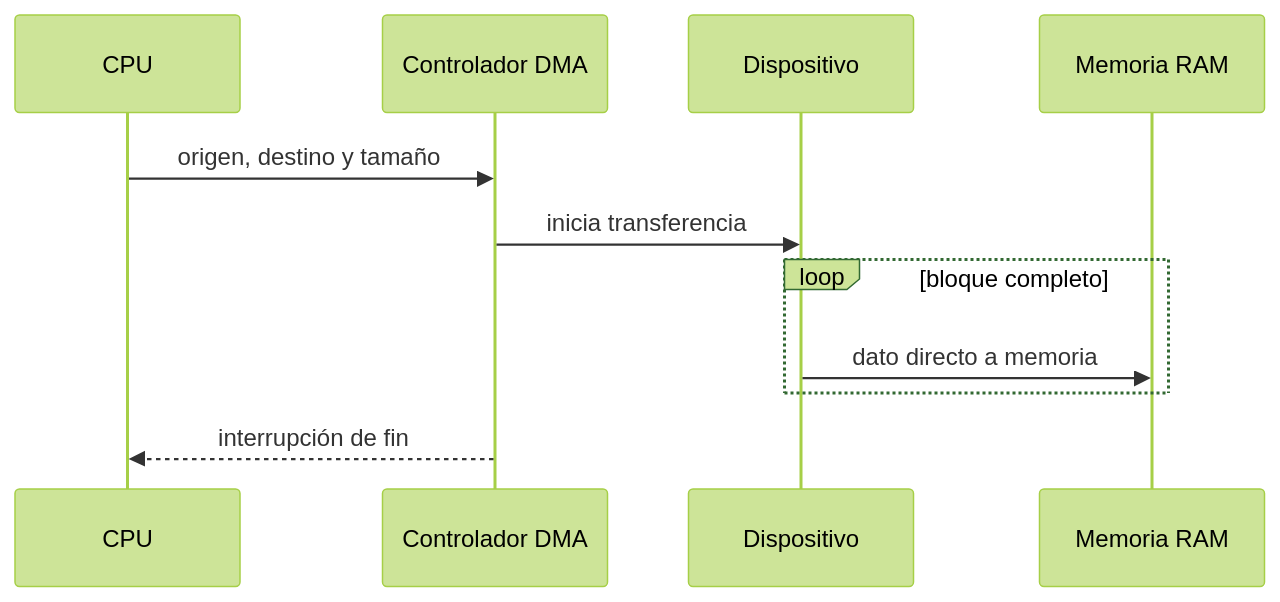
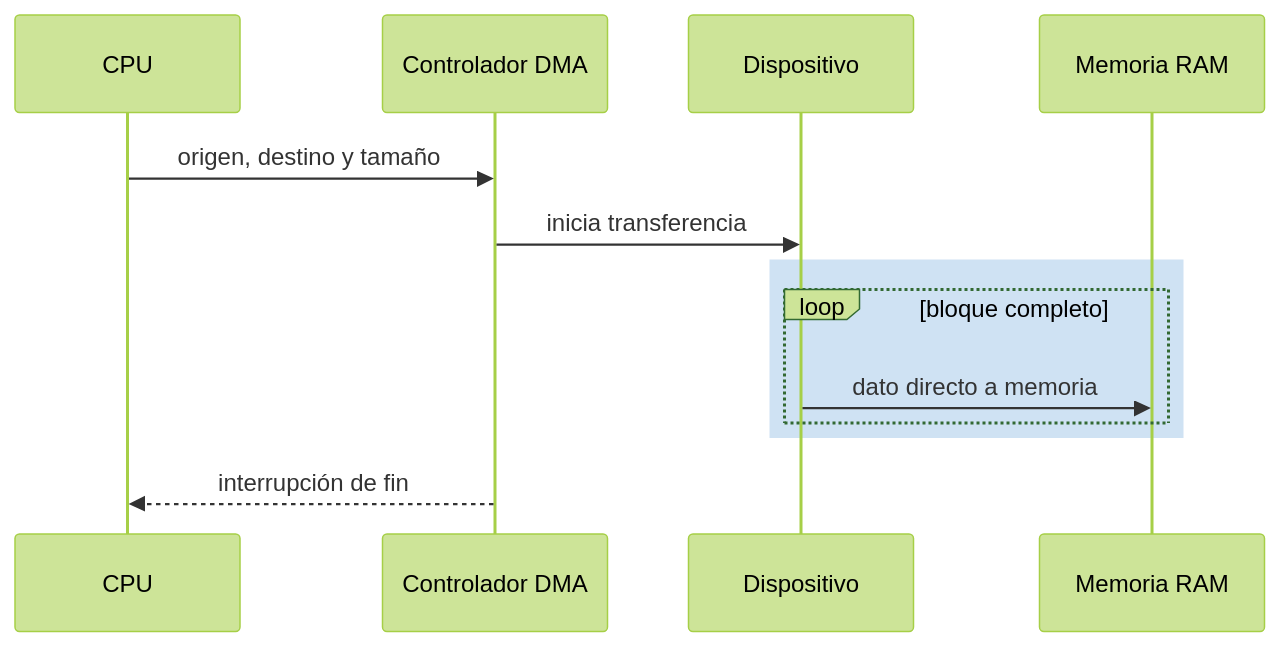
Before and after one commit to asiermarzo/ssoo: the fourth of 5 diagrams in TEORIA/11-dispositivos-de-es/README.md, drawn with Mermaid (forest theme). The commit also changed other lines of this file and 25 other files, not shown here.

Commit message:
refinado de diagramas mermaid y svg

````diff
--- a/TEORIA/11-dispositivos-de-es/README.md
+++ b/TEORIA/11-dispositivos-de-es/README.md
@@ -317,13 +387,15 @@
 ```mermaid
 sequenceDiagram
     participant CPU as CPU
     participant DMA as Controlador DMA
     participant D as Dispositivo
     participant M as Memoria RAM
     CPU->>DMA: origen, destino y tamaño
     DMA->>D: inicia transferencia
-    loop bloque completo
-        D->>M: dato directo a memoria
+    rect rgb(207, 226, 243)
+        loop bloque completo
+            D->>M: dato directo a memoria
+        end
     end
     DMA-->>CPU: interrupción de fin
 ```
````
